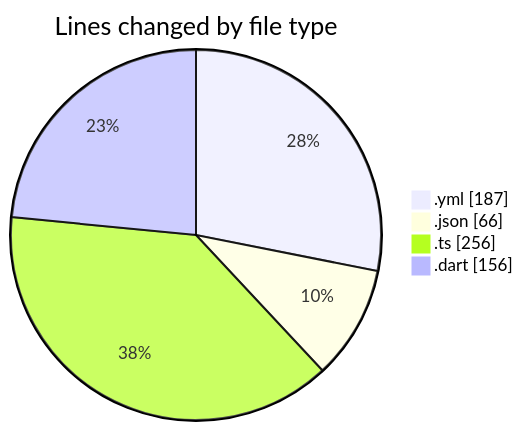
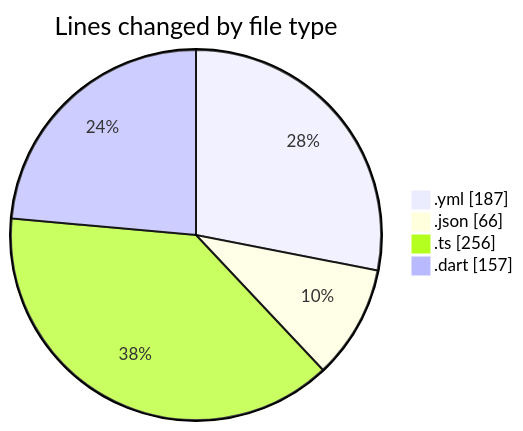
Before and after one commit to donsfak/code-tracking: the first of 2 diagrams in 2025-02-10/maps_clone/README.md, drawn with Mermaid. The commit also changed other lines of this file and 1 other file, not shown here.

````diff
--- a/2025-02-10/maps_clone/README.md
+++ b/2025-02-10/maps_clone/README.md
@@ -27,8 +27,8 @@
 ```mermaid
 pie showData
 title Lines changed by file type
 ".yml" : 187
 ".json" : 66
 ".ts" : 256
-".dart" : 156
+".dart" : 157
 ```
````
